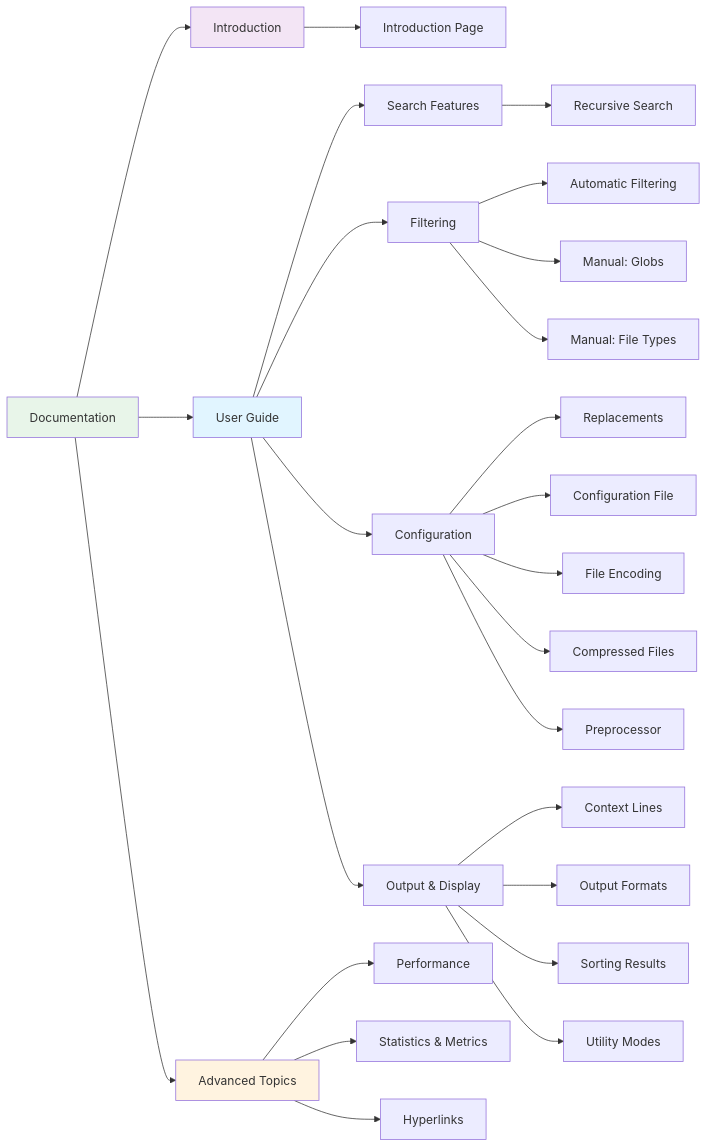
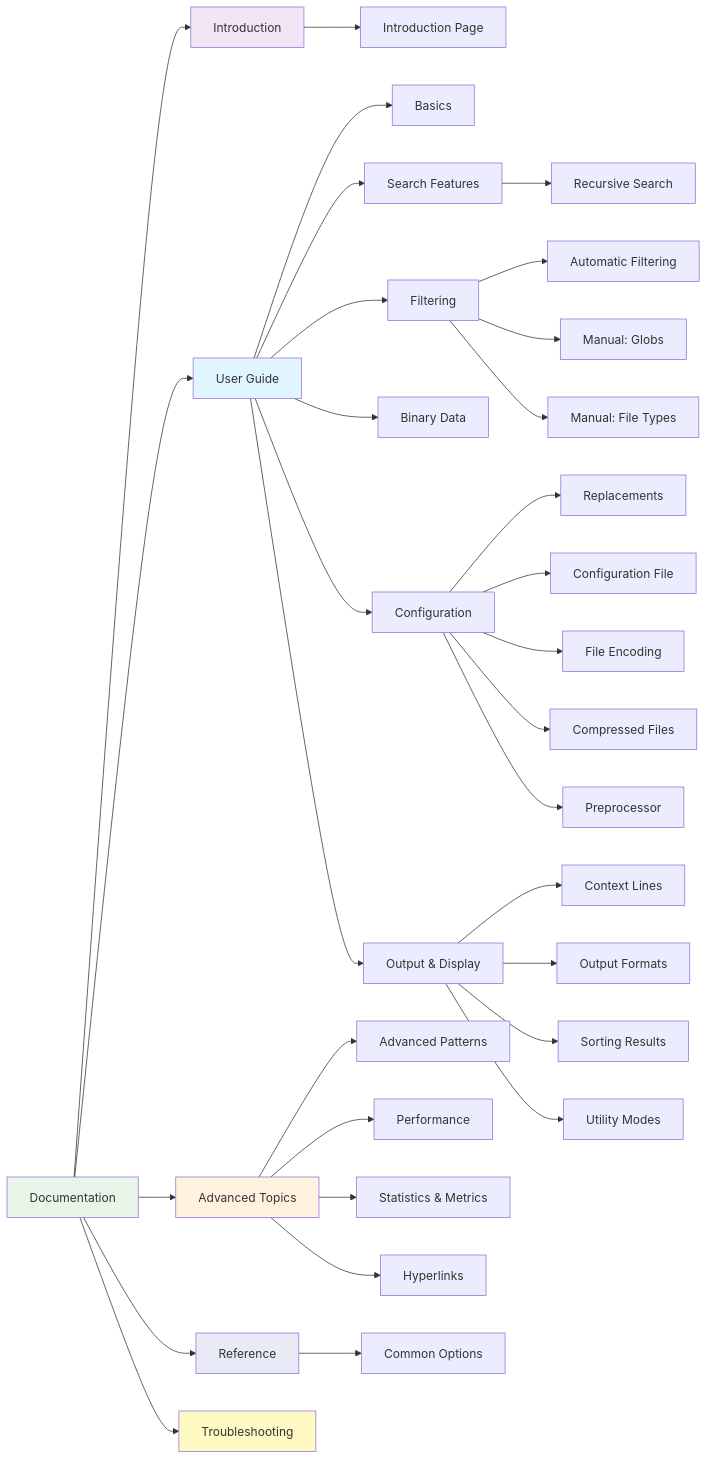
Before and after one commit to iepathos/ripgrep: the diagram in docs/SUMMARY.md, drawn with Mermaid. The commit also changed other lines of this file, not shown here.

````diff
--- a/docs/SUMMARY.md
+++ b/docs/SUMMARY.md
@@ -7,58 +7,72 @@
 ```mermaid
 graph LR
     Root["Documentation"]
     Intro["Introduction"]
     IntroPage["Introduction Page"]
     Guide["User Guide"]
+    Basics["Basics"]
     Search["Search Features"]
     RecSearch["Recursive Search"]
     Filter["Filtering"]
     AutoFilter["Automatic Filtering"]
     GlobFilter["Manual: Globs"]
     TypeFilter["Manual: File Types"]
+    BinaryData["Binary Data"]
     Config["Configuration"]
     Replace["Replacements"]
     ConfigFile["Configuration File"]
     Encoding["File Encoding"]
     Compressed["Compressed Files"]
     Preproc["Preprocessor"]
     Output["Output & Display"]
     Context["Context Lines"]
     Formats["Output Formats"]
     Sort["Sorting Results"]
     Utility["Utility Modes"]
     Advanced["Advanced Topics"]
+    AdvPatterns["Advanced Patterns"]
     Perf["Performance"]
     Stats["Statistics & Metrics"]
     Links["Hyperlinks"]
+    Reference["Reference"]
+    CommonOpts["Common Options"]
+    Troubleshoot["Troubleshooting"]
 
     Root --> Intro
     Root --> Guide
     Root --> Advanced
+    Root --> Reference
+    Root --> Troubleshoot
     Intro --> IntroPage
+    Guide --> Basics
     Guide --> Search
     Guide --> Filter
+    Guide --> BinaryData
     Guide --> Config
     Guide --> Output
     Search --> RecSearch
     Filter --> AutoFilter
     Filter --> GlobFilter
     Filter --> TypeFilter
     Config --> Replace
     Config --> ConfigFile
     Config --> Encoding
     Config --> Compressed
     Config --> Preproc
     Output --> Context
     Output --> Formats
     Output --> Sort
     Output --> Utility
+    Advanced --> AdvPatterns
     Advanced --> Perf
     Advanced --> Stats
     Advanced --> Links
+    Reference --> CommonOpts
 
     style Root fill:#e8f5e9
     style Guide fill:#e1f5ff
     style Advanced fill:#fff3e0
     style Intro fill:#f3e5f5
+    style Reference fill:#e8eaf6
+    style Troubleshoot fill:#fff9c4
 ```
````
